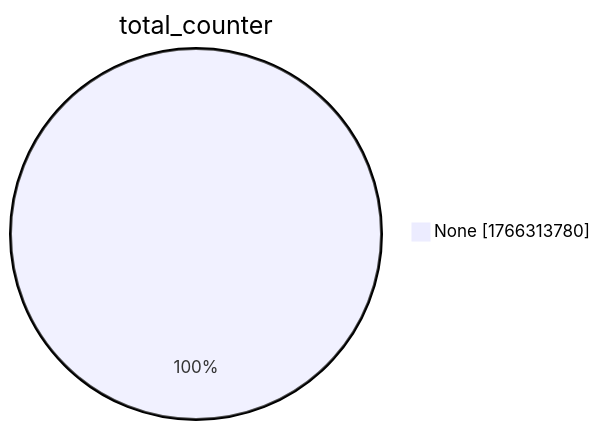
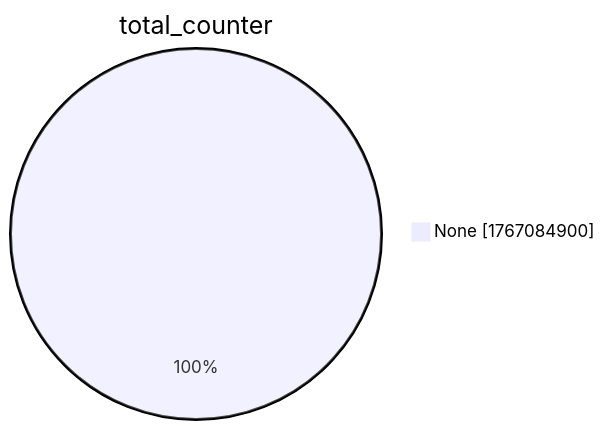
One commit to christiankrug/ctmonitor_visualization changed the second of 15 diagrams in xenon2022/README.md. Above: the diagram before and after it, drawn with Mermaid. The commit also changed other lines of this file, not shown here.

````diff
--- a/xenon2022/README.md
+++ b/xenon2022/README.md
@@ -9,5 +9,5 @@
 ```mermaid
 pie showData
 title total_counter
-"None" :1766313780
+"None" :1767084900
 ```
````
